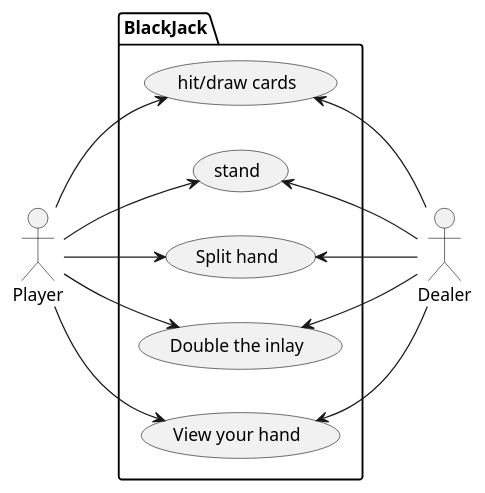
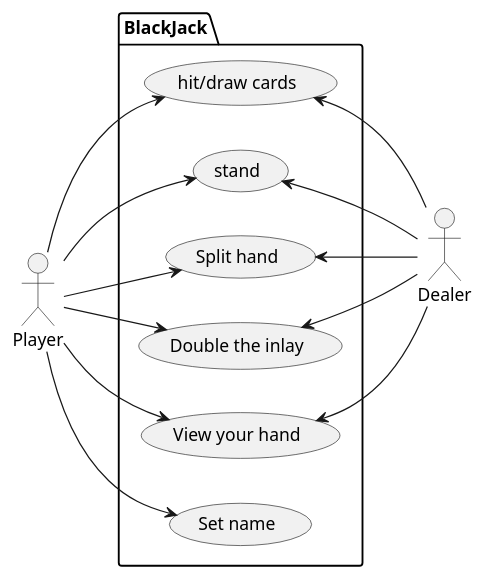
The diagram in docs/use_case.wsd (Noud-Janssen/oop_blackjack), drawn with PlantUML before and after one commit. The commit also changed 7 other files, not shown here.

Commit message:
Restructured Class diagram

```diff
--- a/docs/use_case.wsd
+++ b/docs/use_case.wsd
@@ -1,30 +1,32 @@
 @startuml use_case
 
 left to right direction
 
 actor "Player" as player
 package BlackJack {
     usecase "hit/draw cards" as hit
     usecase "stand" as stand
     usecase "Split hand" as split
     usecase "Double the inlay" as double
     usecase "View your hand" as view_cards
+    usecase "Set name" as name
 }
 actor "Dealer" as Dealer
 
 player --> hit
 player --> stand
 player --> split
 player --> double
 player --> view_cards
+player --> name
 
 hit <-- Dealer
 stand <-- Dealer
 split <-- Dealer
 double <-- Dealer
 view_cards <-- Dealer
 
 
 
 
 @enduml
```
